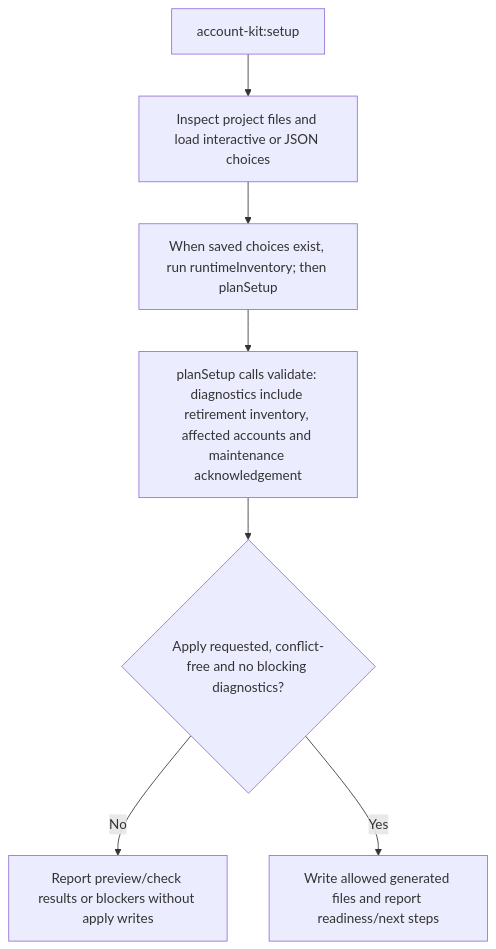
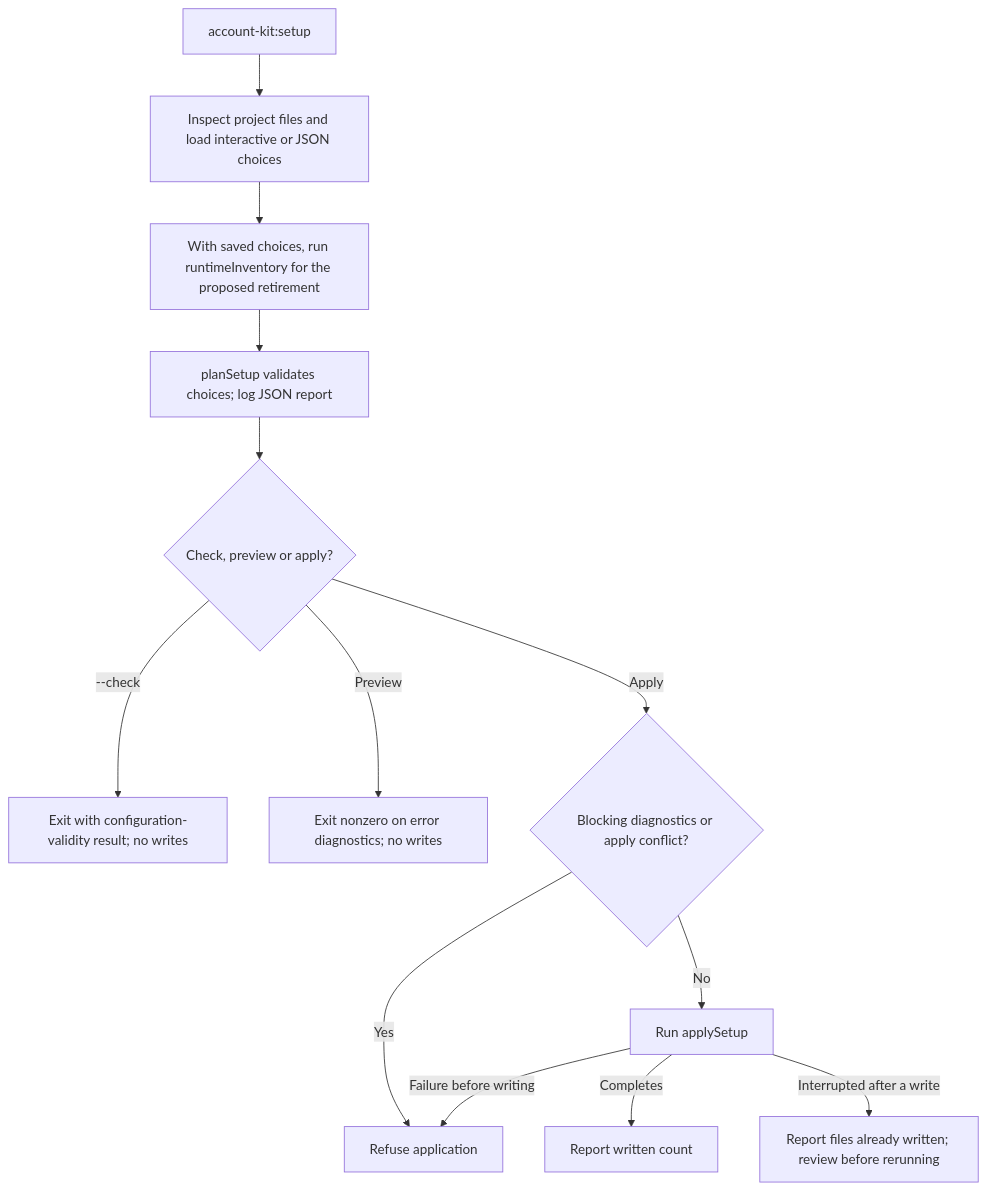
Before and after one commit to Kevinjohn/oss-adonisjs-account-kit: the second of 2 diagrams in user-stories/US-ACCOUNT-31-configure-account-kit.md, drawn with Mermaid. The commit also changed other lines of this file and 70 other files, not shown here.

````diff
--- a/user-stories/US-ACCOUNT-31-configure-account-kit.md
+++ b/user-stories/US-ACCOUNT-31-configure-account-kit.md
@@ -39,9 +41,15 @@
 ```mermaid
 flowchart TD
  A["account-kit:setup"] --> B["Inspect project files and load interactive or JSON choices"]
- B --> C["When saved choices exist, run runtimeInventory; then planSetup"]
- C --> R["planSetup calls validate: diagnostics include retirement inventory, affected accounts and maintenance acknowledgement"]
- R --> D{"Apply requested, conflict-free and no blocking diagnostics?"}
- D -->|No| E["Report preview/check results or blockers without apply writes"]
- D -->|Yes| F["Write allowed generated files and report readiness/next steps"]
+ B --> C["With saved choices, run runtimeInventory for the proposed retirement"]
+ C --> R["planSetup validates choices; log JSON report"]
+ R --> D{"Check, preview or apply?"}
+ D -->|--check| E["Exit with configuration-validity result; no writes"]
+ D -->|Preview| P["Exit nonzero on error diagnostics; no writes"]
+ D -->|Apply| G{"Blocking diagnostics or apply conflict?"}
+ G -->|Yes| H["Refuse application"]
+ G -->|No| L["Run applySetup"]
+ L -->|Completes| F["Report written count"]
+ L -->|Failure before writing| H
+ L -->|Interrupted after a write| I["Report files already written; review before rerunning"]
 ```
````
